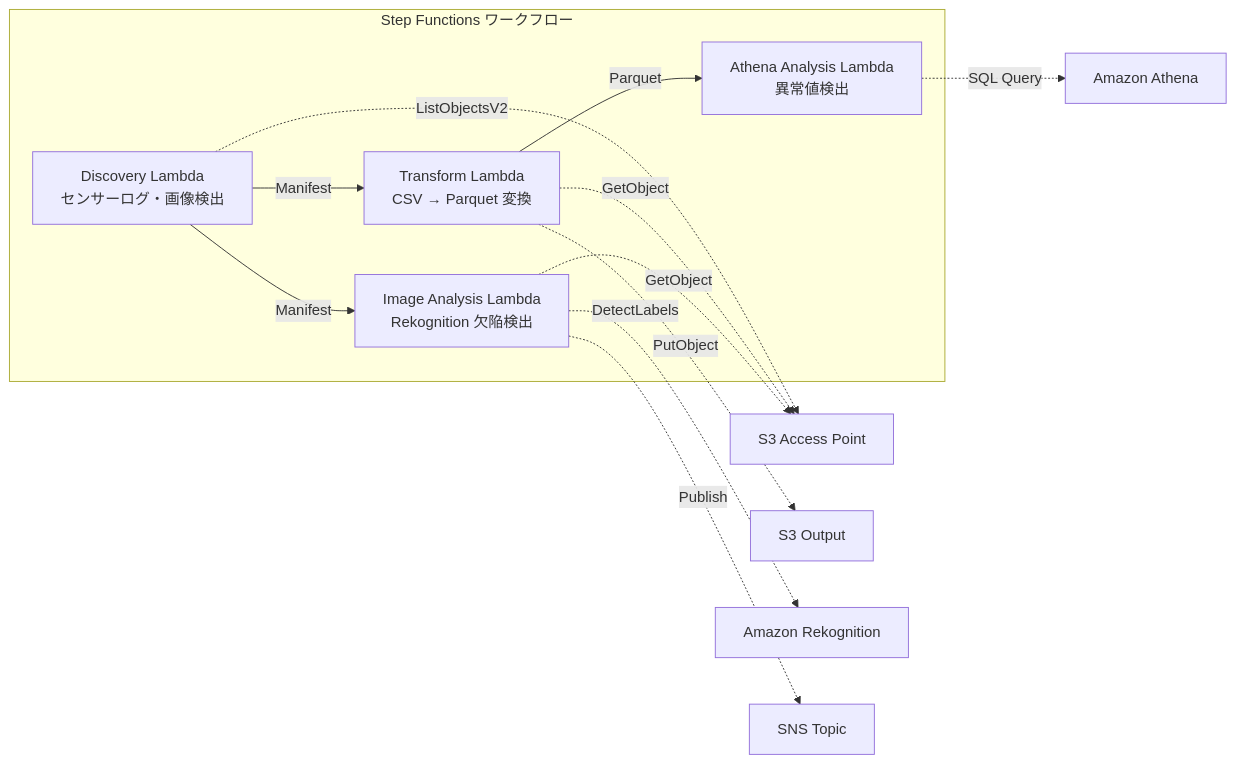
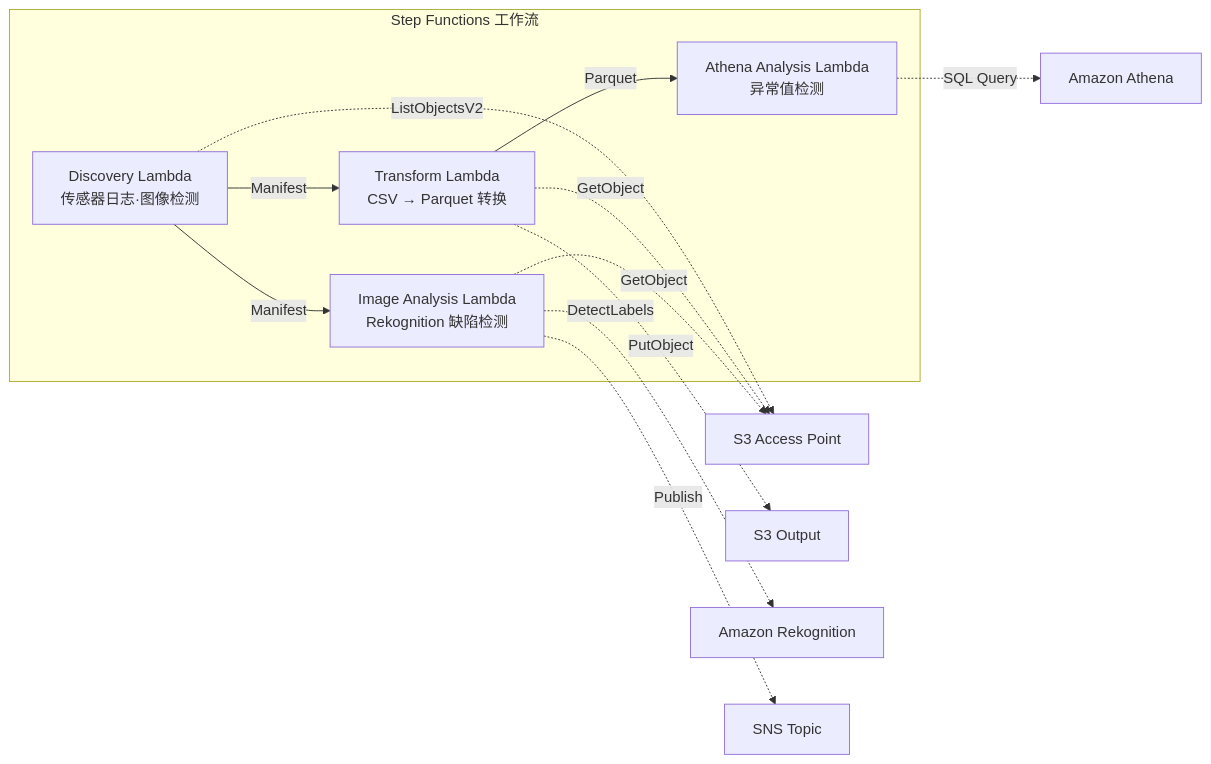
One commit to Yoshiki0705/FSx-for-ONTAP-S3AccessPoints-Serverless-Patterns changed the diagram in solutions/industry/manufacturing-analytics/README.zh-CN.md. Above: the diagram before and after it, drawn with Mermaid. The commit also changed other lines of this file and 20 other files, not shown here.

````diff
--- a/solutions/industry/manufacturing-analytics/README.zh-CN.md
+++ b/solutions/industry/manufacturing-analytics/README.zh-CN.md
@@ -33,21 +53,21 @@
 ```mermaid
 graph LR
-    subgraph "Step Functions ワークフロー"
-        D[Discovery Lambda<br/>センサーログ・画像検出]
-        TR[Transform Lambda<br/>CSV → Parquet 変換]
-        ATH[Athena Analysis Lambda<br/>異常値検出]
-        IMG[Image Analysis Lambda<br/>Rekognition 欠陥検出]
+    subgraph "Step Functions 工作流"
+        D[Discovery Lambda<br/>传感器日志·图像检测]
+        TR[Transform Lambda<br/>CSV → Parquet 转换]
+        ATH[Athena Analysis Lambda<br/>异常值检测]
+        IMG[Image Analysis Lambda<br/>Rekognition 缺陷检测]
     end
 
     D -->|Manifest| TR
     D -->|Manifest| IMG
     TR -->|Parquet| ATH
 
     D -.->|ListObjectsV2| S3AP[S3 Access Point]
     TR -.->|GetObject| S3AP
     TR -.->|PutObject| S3OUT[S3 Output]
     ATH -.->|SQL Query| Athena[Amazon Athena]
     IMG -.->|GetObject| S3AP
     IMG -.->|DetectLabels| Rekognition[Amazon Rekognition]
     IMG -.->|Publish| SNS[SNS Topic]
 ```
````
